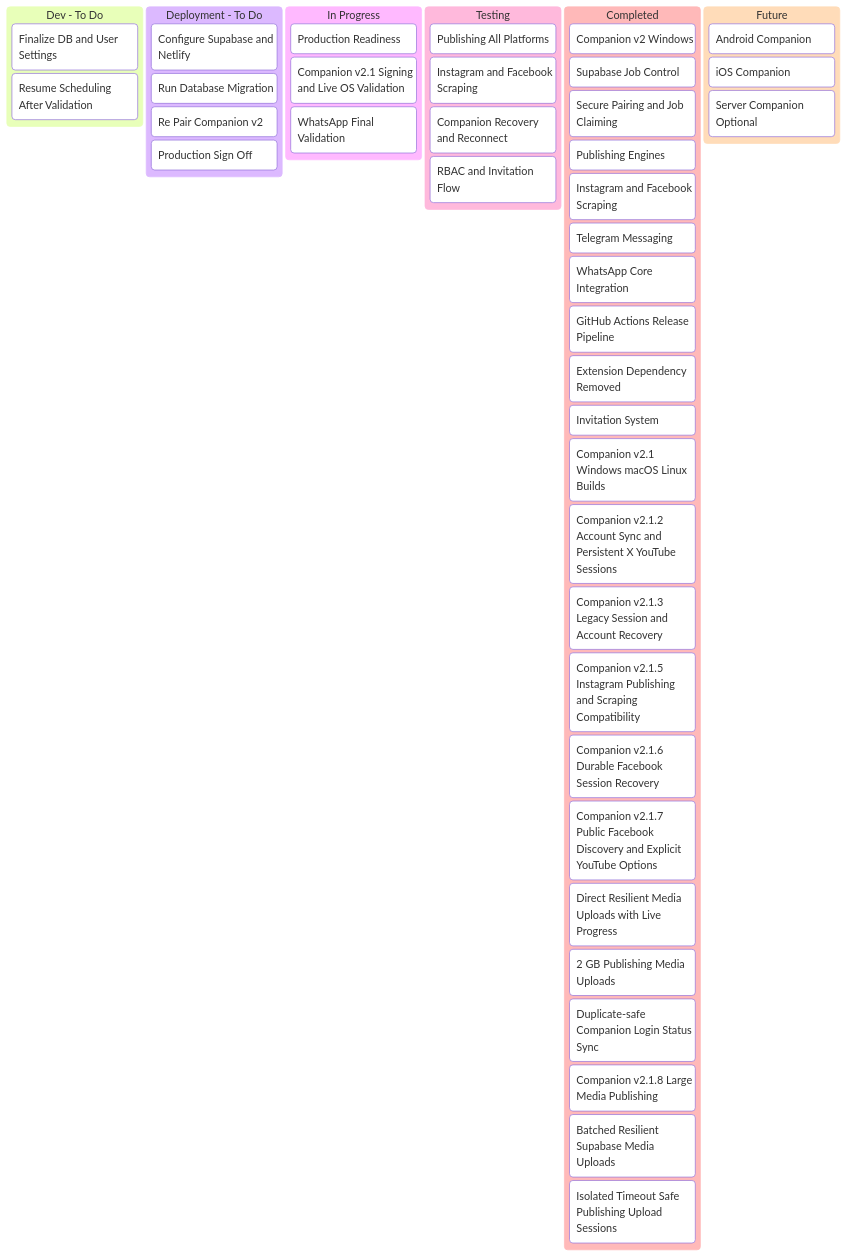
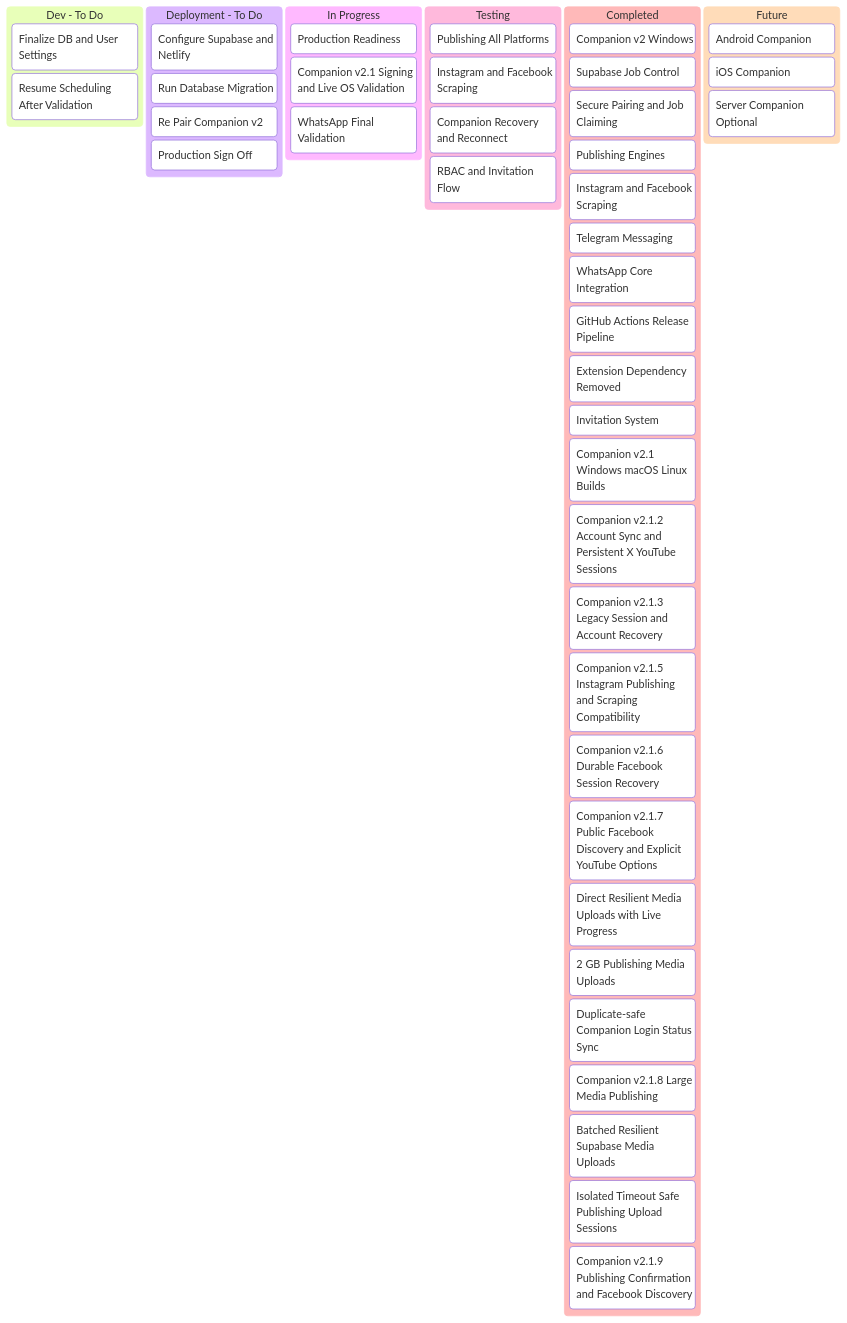
Before and after one commit to tinitiateprime/agentic-that: the first of 2 diagrams in agentic-that-project-tracker.md, drawn with Mermaid. The commit also changed 13 other files, not shown here.

Commit message:
fix: harden publishing confirmations and Facebook discovery

````diff
--- a/agentic-that-project-tracker.md
+++ b/agentic-that-project-tracker.md
@@ -5,52 +5,53 @@
 ```mermaid
 kanban
   devTodo[Dev - To Do]
     dev1[Finalize DB and User Settings]
     dev2[Resume Scheduling After Validation]
 
   deploymentTodo[Deployment - To Do]
     dep1[Configure Supabase and Netlify]
     dep2[Run Database Migration]
     dep3[Re Pair Companion v2]
     dep4[Production Sign Off]
 
   inProgress[In Progress]
     prog1[Production Readiness]
     prog2[Companion v2.1 Signing and Live OS Validation]
     prog3[WhatsApp Final Validation]
 
   testing[Testing]
     test1[Publishing All Platforms]
     test2[Instagram and Facebook Scraping]
     test3[Companion Recovery and Reconnect]
     test4[RBAC and Invitation Flow]
 
   completed[Completed]
     done1[Companion v2 Windows]
     done2[Supabase Job Control]
     done3[Secure Pairing and Job Claiming]
     done4[Publishing Engines]
     done5[Instagram and Facebook Scraping]
     done6[Telegram Messaging]
     done7[WhatsApp Core Integration]
     done8[GitHub Actions Release Pipeline]
     done9[Extension Dependency Removed]
     done10[Invitation System]
     done11[Companion v2.1 Windows macOS Linux Builds]
     done12[Companion v2.1.2 Account Sync and Persistent X YouTube Sessions]
     done13[Companion v2.1.3 Legacy Session and Account Recovery]
     done14[Companion v2.1.5 Instagram Publishing and Scraping Compatibility]
     done15[Companion v2.1.6 Durable Facebook Session Recovery]
     done16[Companion v2.1.7 Public Facebook Discovery and Explicit YouTube Options]
     done17[Direct Resilient Media Uploads with Live Progress]
     done18[2 GB Publishing Media Uploads]
     done19[Duplicate-safe Companion Login Status Sync]
     done20[Companion v2.1.8 Large Media Publishing]
     done21[Batched Resilient Supabase Media Uploads]
     done22[Isolated Timeout Safe Publishing Upload Sessions]
+    done23[Companion v2.1.9 Publishing Confirmation and Facebook Discovery]
 
   future[Future]
     future1[Android Companion]
     future2[iOS Companion]
     future3[Server Companion Optional]
 ```
````
